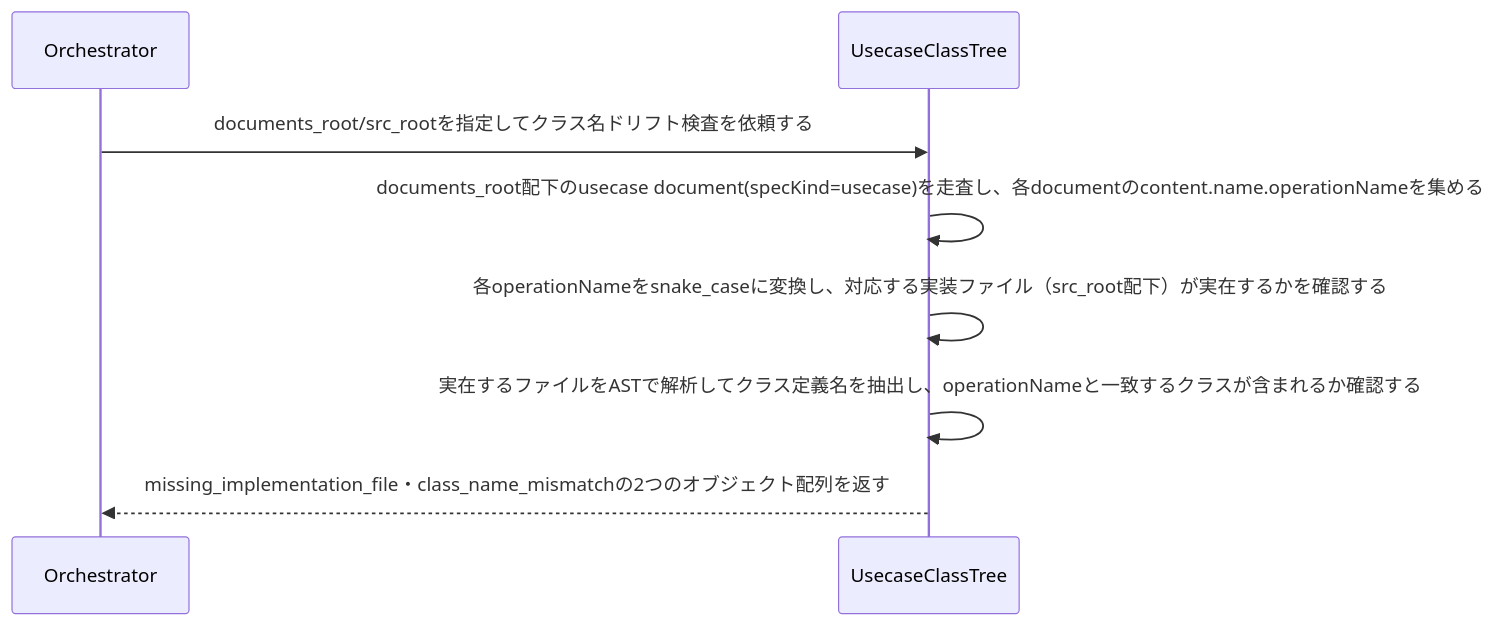
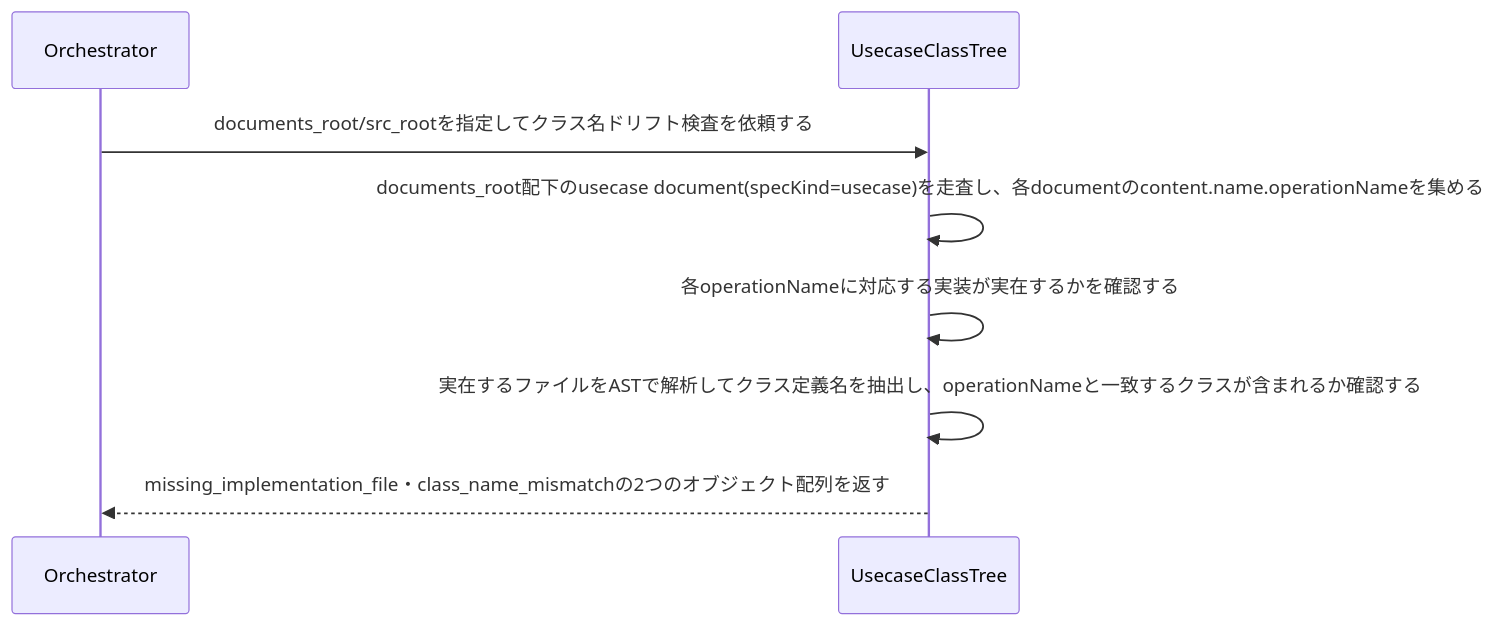
Before and after one commit to daidaiiro-519/waffle: the diagram in .waffle/specs/bc-waffle/subdomain/sd-reconciliation/usecase/uc-check-usecase-class-drift.md, drawn with Mermaid. The commit also changed other lines of this file and 35 other files, not shown here.

````diff
--- a/.waffle/specs/bc-waffle/subdomain/sd-reconciliation/usecase/uc-check-usecase-class-drift.md
+++ b/.waffle/specs/bc-waffle/subdomain/sd-reconciliation/usecase/uc-check-usecase-class-drift.md
@@ -56,8 +56,8 @@
 ```mermaid
 sequenceDiagram
     Orchestrator->>UsecaseClassTree: documents_root/src_rootを指定してクラス名ドリフト検査を依頼する
     UsecaseClassTree->>UsecaseClassTree: documents_root配下のusecase document(specKind=usecase)を走査し、各documentのcontent.name.operationNameを集める
-    UsecaseClassTree->>UsecaseClassTree: 各operationNameをsnake_caseに変換し、対応する実装ファイル（src_root配下）が実在するかを確認する
+    UsecaseClassTree->>UsecaseClassTree: 各operationNameに対応する実装が実在するかを確認する
     UsecaseClassTree->>UsecaseClassTree: 実在するファイルをASTで解析してクラス定義名を抽出し、operationNameと一致するクラスが含まれるか確認する
     UsecaseClassTree-->>Orchestrator: missing_implementation_file・class_name_mismatchの2つのオブジェクト配列を返す
 ```
````
